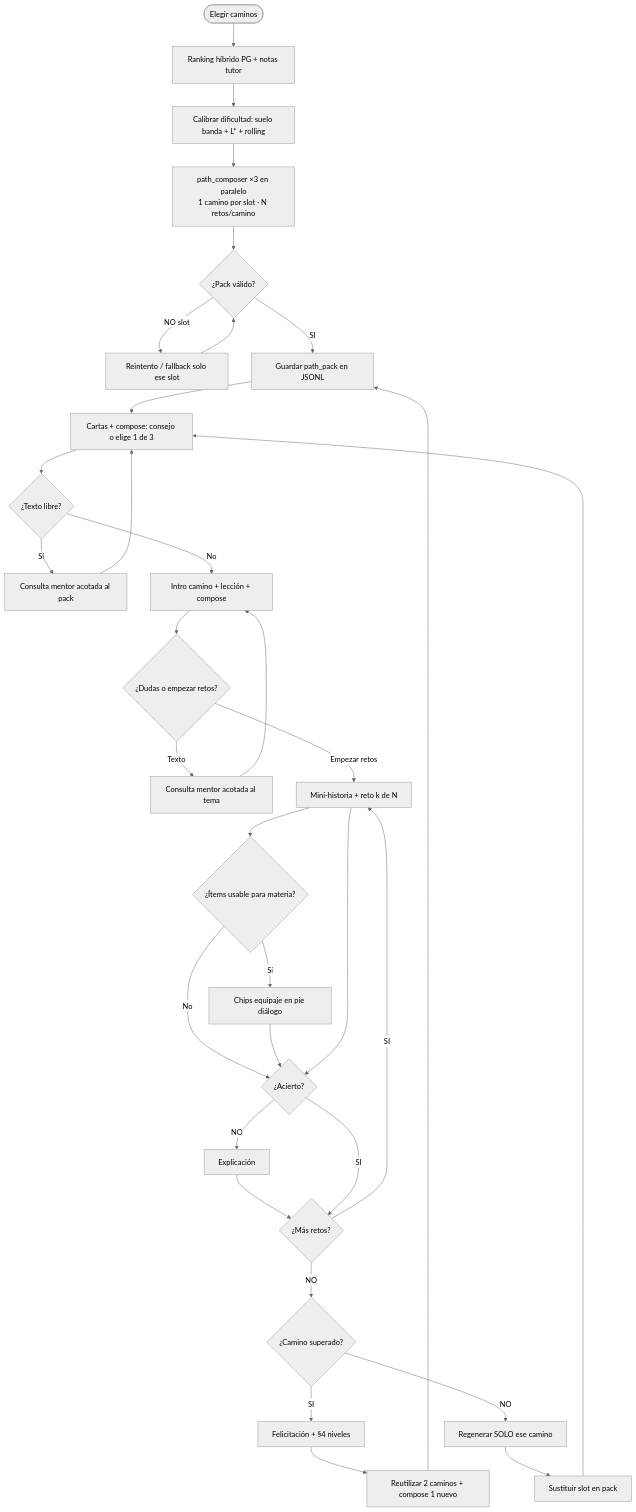
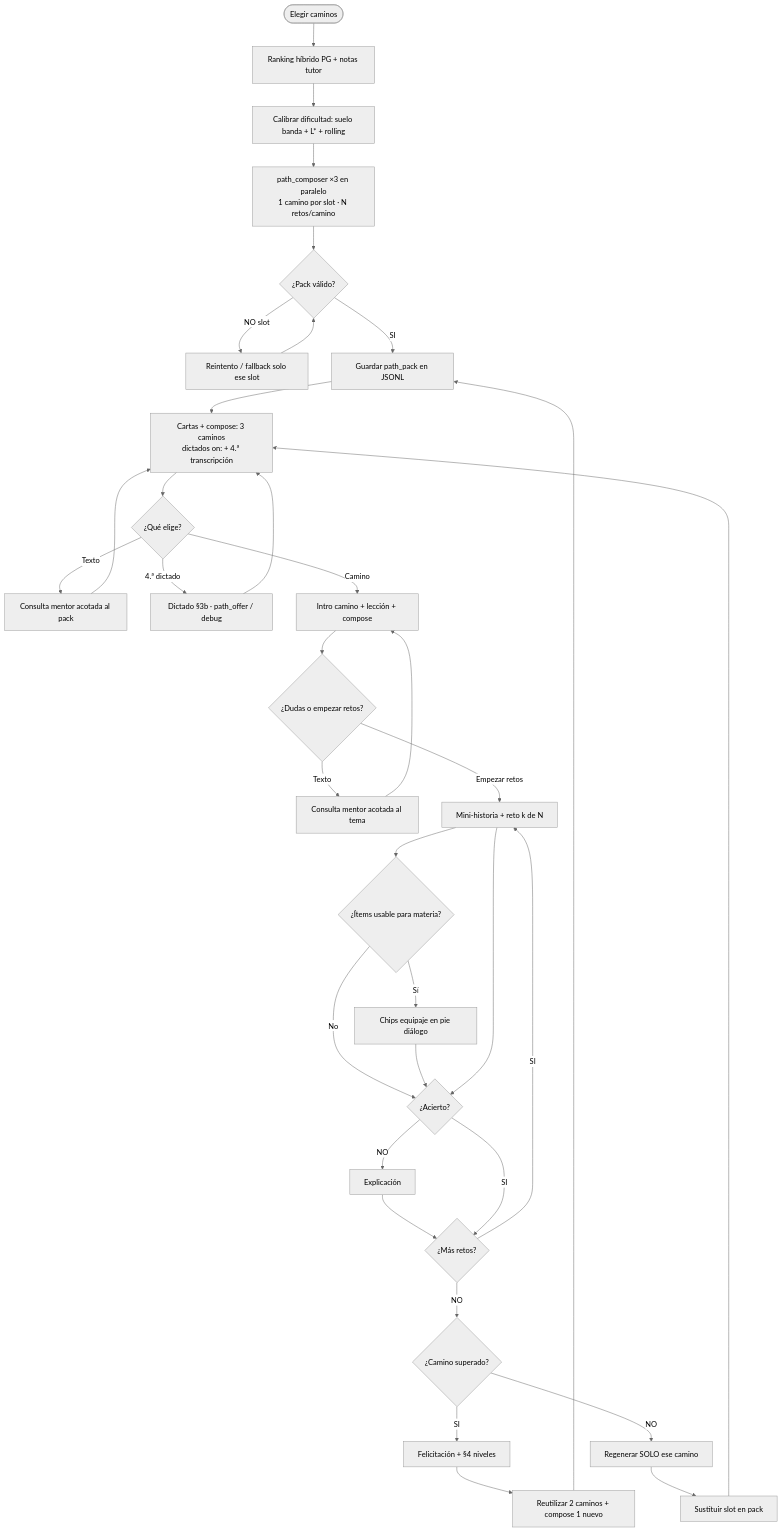
The fourth of 7 diagrams in .cursor/diagrams/16-journey-mechanics-flows.md (KuiperBelt-PRO/kidepik), drawn with Mermaid (neutral theme) before and after one commit. The commit also changed other lines of this file and 79 other files, not shown here.

First line of the commit message:
WIP: add dictation flow backend, UI and specs

````diff
--- a/.cursor/diagrams/16-journey-mechanics-flows.md
+++ b/.cursor/diagrams/16-journey-mechanics-flows.md
@@ -77,35 +77,37 @@
 ```mermaid
 flowchart TD
   A([Elegir caminos]) --> B[Ranking híbrido PG + notas tutor]
   B --> B2[Calibrar dificultad: suelo banda + L* + rolling]
   B2 --> C[path_composer ×3 en paralelo<br/>1 camino por slot · N retos/camino]
   C --> D{¿Pack válido?}
   D -- NO slot --> C2[Reintento / fallback solo ese slot]
   C2 --> D
   D -- SI --> E[Guardar path_pack en JSONL]
-  E --> F[Cartas + compose: consejo o elige 1 de 3]
-  F --> F2{¿Texto libre?}
-  F2 -- Sí --> F3[Consulta mentor acotada al pack]
+  E --> F[Cartas + compose: 3 caminos<br/>dictados on: + 4.ª transcripción]
+  F --> F2{¿Qué elige?}
+  F2 -- Texto --> F3[Consulta mentor acotada al pack]
   F3 --> F
-  F2 -- No --> G[Intro camino + lección + compose]
+  F2 -- 4.ª dictado --> Dbg[Dictado §3b · path_offer / debug]
+  Dbg --> F
+  F2 -- Camino --> G[Intro camino + lección + compose]
   G --> G2{¿Dudas o empezar retos?}
   G2 -- Texto --> G3[Consulta mentor acotada al tema]
   G3 --> G
   G2 -- Empezar retos --> H[Mini-historia + reto k de N]
   H --> O{¿Ítems usable para materia?}
   O -- Sí --> P[Chips equipaje en pie diálogo]
   O -- No --> I
   P --> I{¿Acierto?}
   H --> I
   I -- NO --> J[Explicación]
   J --> K
   I -- SI --> K{¿Más retos?}
   K -- SI --> H
   K -- NO --> L{¿Camino superado?}
   L -- SI --> M[Felicitación + §4 niveles]
   M --> R[Reutilizar 2 caminos + compose 1 nuevo]
   R --> E
   L -- NO --> N[Regenerar SOLO ese camino]
   N --> E2[Sustituir slot en pack]
   E2 --> F
 ```
````
